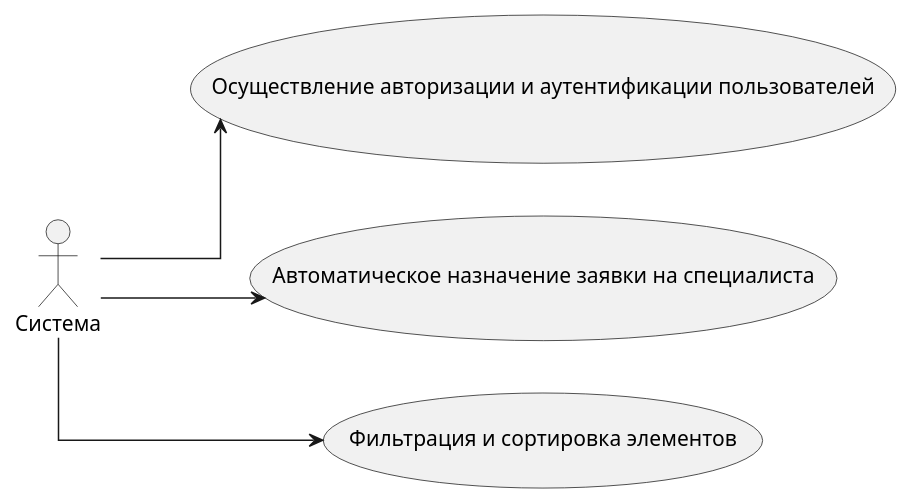
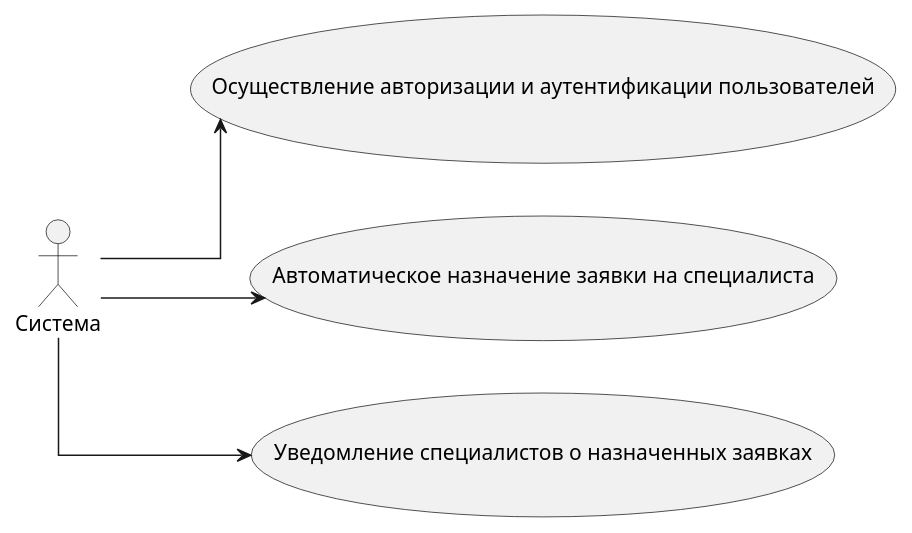
One commit to ArtemShishkinV/technical-support changed the diagram in documentation/diagram/usecase/system.puml. Above: the diagram before and after it, drawn with PlantUML. The commit also changed 66 other files, not shown here.

```diff
--- a/documentation/diagram/usecase/system.puml
+++ b/documentation/diagram/usecase/system.puml
@@ -1,9 +1,9 @@
 @startuml
 left to right direction
 skinparam linetype ortho
 
 Система --> (Осуществление авторизации и аутентификации пользователей)
 Система --> (Автоматическое назначение заявки на специалиста)
-Система --> (Фильтрация и сортировка элементов)
+Система --> (Уведомление специалистов о назначенных заявках)
 
 @enduml
```
